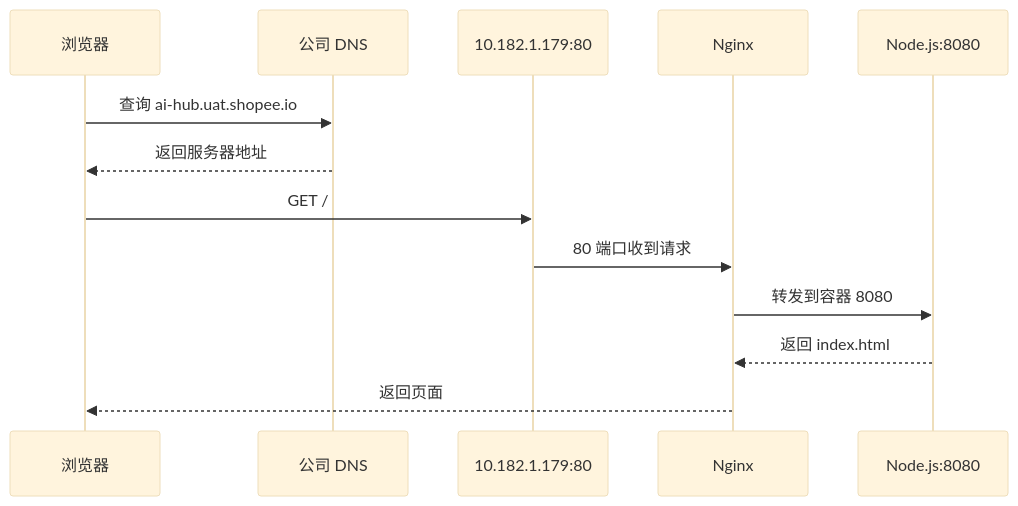
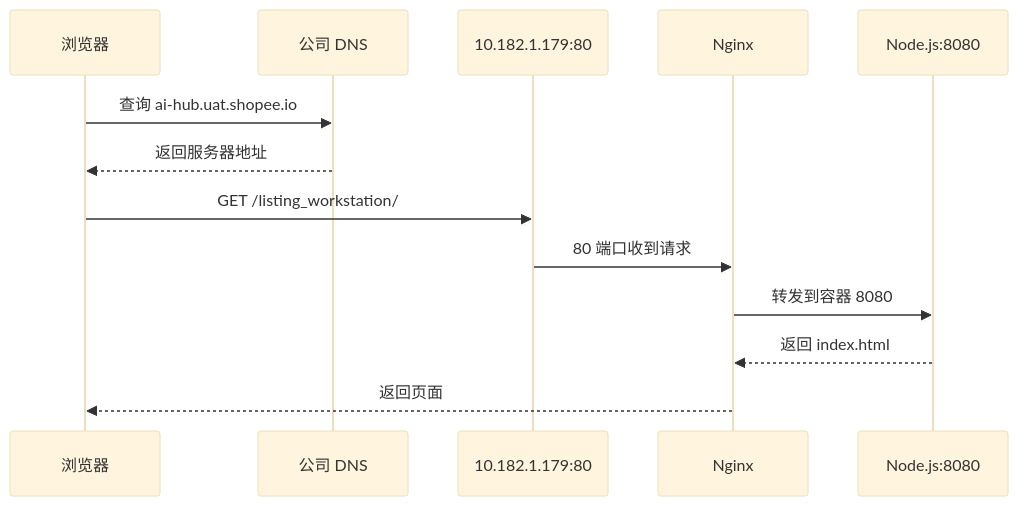
One commit to rogertu-rgb/listing-workstation changed the second of 2 diagrams in VIBE_CODING_TO_SERVER_PLAYBOOK_ZH.md. Above: the diagram before and after it, drawn with Mermaid (base theme). The commit also changed other lines of this file and 3 other files, not shown here.

Commit message:
Mount app under listing workstation path

````diff
--- a/VIBE_CODING_TO_SERVER_PLAYBOOK_ZH.md
+++ b/VIBE_CODING_TO_SERVER_PLAYBOOK_ZH.md
@@ -767,16 +775,16 @@
 ```mermaid
 sequenceDiagram
     participant B as 浏览器
     participant DNS as 公司 DNS
     participant S as 10.182.1.179:80
     participant N as Nginx
     participant A as Node.js:8080
 
     B->>DNS: 查询 ai-hub.uat.shopee.io
     DNS-->>B: 返回服务器地址
-    B->>S: GET /
+    B->>S: GET /listing_workstation/
     S->>N: 80 端口收到请求
     N->>A: 转发到容器 8080
     A-->>N: 返回 index.html
     N-->>B: 返回页面
 ```
````
